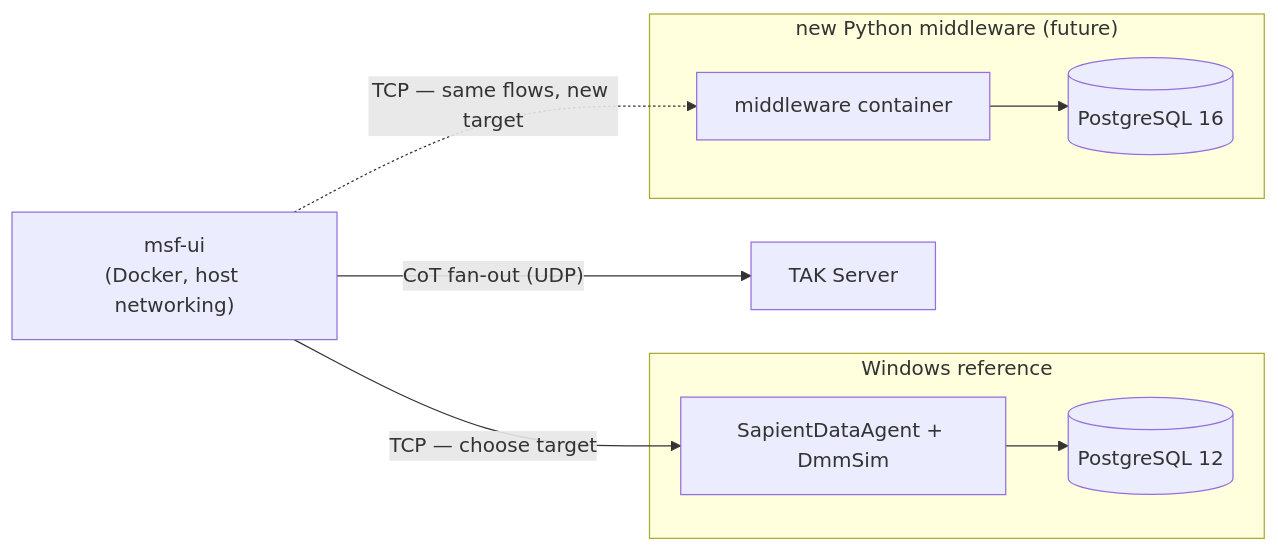
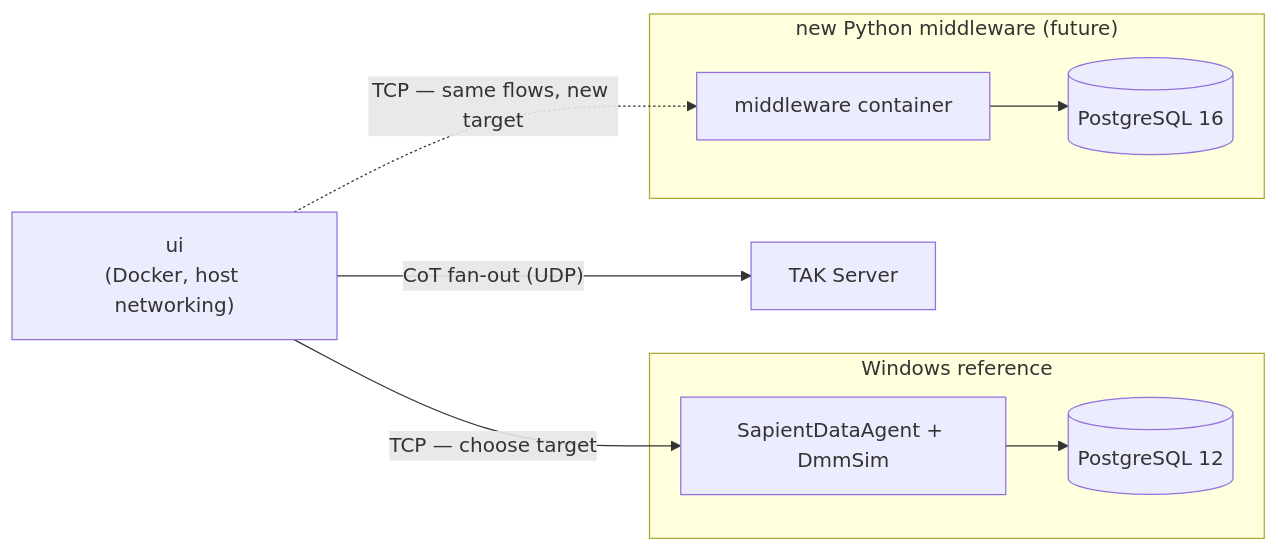
One commit to vinayakkankanwadi/multi-sensor-fusion changed diagram 12 of 12 in Architecture.md. Above: the diagram before and after it, drawn with Mermaid. The commit also changed other lines of this file and 29 other files, not shown here.

````diff
--- a/Architecture.md
+++ b/Architecture.md
@@ -579,18 +579,18 @@
 ```mermaid
 flowchart LR
-    UI["msf-ui<br/>(Docker, host networking)"]
+    UI["ui<br/>(Docker, host networking)"]
     subgraph Win["Windows reference"]
         SDA["SapientDataAgent + DmmSim"]
         PG12[("PostgreSQL 12")]
         SDA --> PG12
     end
     subgraph Linux["new Python middleware (future)"]
         NewMW["middleware container"]
         PG16[("PostgreSQL 16")]
         NewMW --> PG16
     end
     TAK["TAK Server"]
     UI -- "TCP — choose target" --> SDA
     UI -. "TCP — same flows, new target" .-> NewMW
     UI -- "CoT fan-out (UDP)" --> TAK
 ```
````
